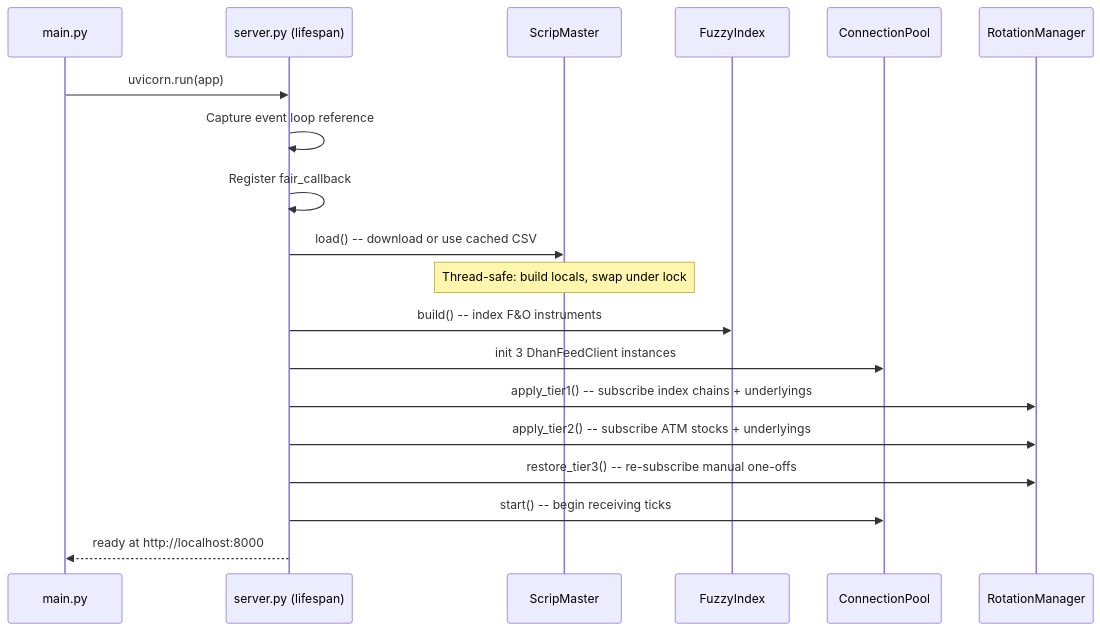
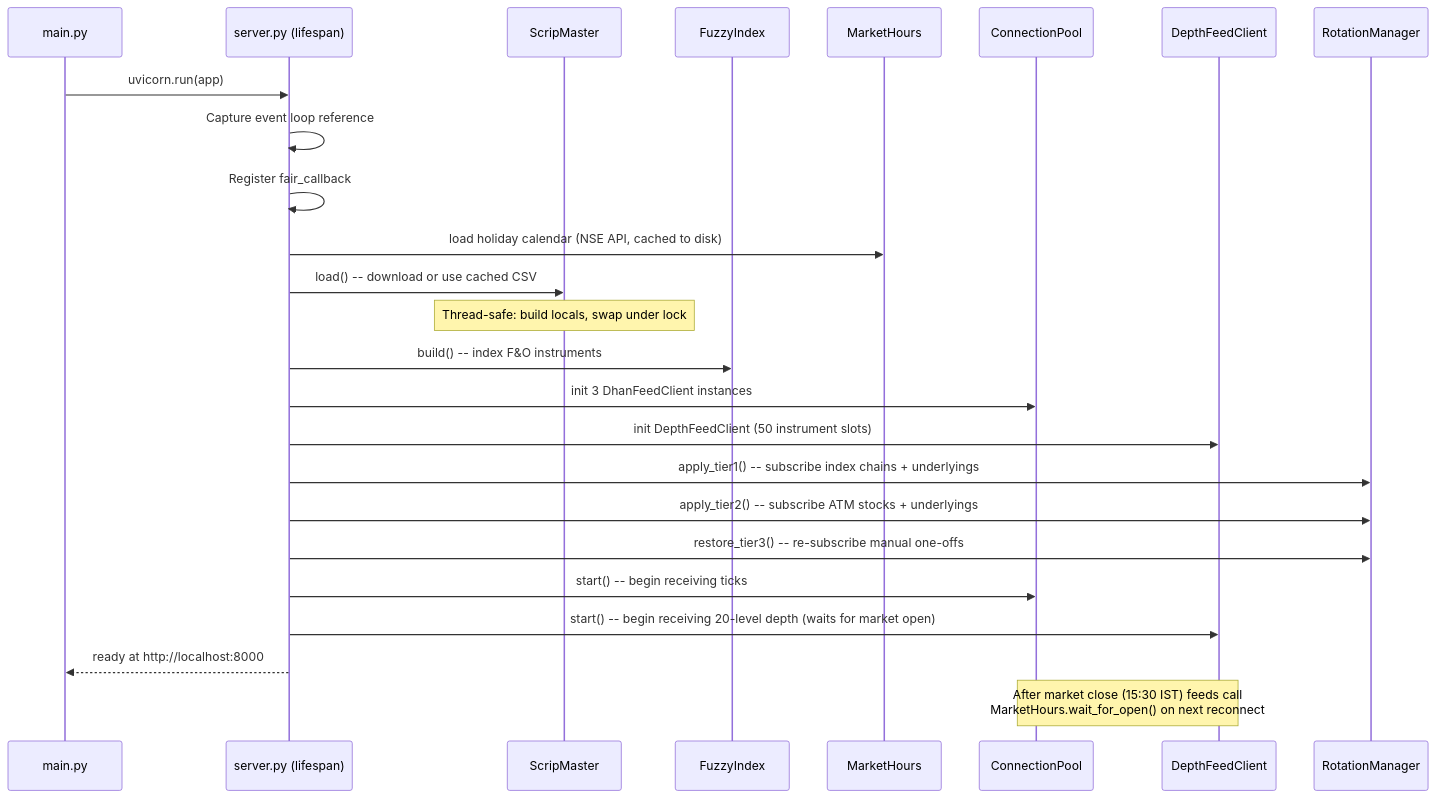
Before and after one commit to vakharwalad23/fair-value-engine: the seventh of 7 diagrams in docs/architecture.md, drawn with Mermaid. The commit also changed other lines of this file and 3 other files, not shown here.

Commit message:
docs: update all docs for liquidity, depth, option chain, market hours features

````diff
--- a/docs/architecture.md
+++ b/docs/architecture.md
@@ -235,22 +303,28 @@
 ```mermaid
 sequenceDiagram
     participant Main as main.py
     participant Server as server.py (lifespan)
     participant Scrip as ScripMaster
     participant Fuzzy as FuzzyIndex
+    participant MH as MarketHours
     participant Pool as ConnectionPool
+    participant Depth as DepthFeedClient
     participant Rotation as RotationManager
 
     Main->>Server: uvicorn.run(app)
     Server->>Server: Capture event loop reference
     Server->>Server: Register fair_callback
+    Server->>MH: load holiday calendar (NSE API, cached to disk)
     Server->>Scrip: load() -- download or use cached CSV
     Note over Scrip: Thread-safe: build locals, swap under lock
     Server->>Fuzzy: build() -- index F&O instruments
     Server->>Pool: init 3 DhanFeedClient instances
+    Server->>Depth: init DepthFeedClient (50 instrument slots)
     Server->>Rotation: apply_tier1() -- subscribe index chains + underlyings
     Server->>Rotation: apply_tier2() -- subscribe ATM stocks + underlyings
     Server->>Rotation: restore_tier3() -- re-subscribe manual one-offs
     Server->>Pool: start() -- begin receiving ticks
+    Server->>Depth: start() -- begin receiving 20-level depth (waits for market open)
     Server-->>Main: ready at http://localhost:8000
+    Note over Pool,Depth: After market close (15:30 IST) feeds call<br/>MarketHours.wait_for_open() on next reconnect
 ```
````
